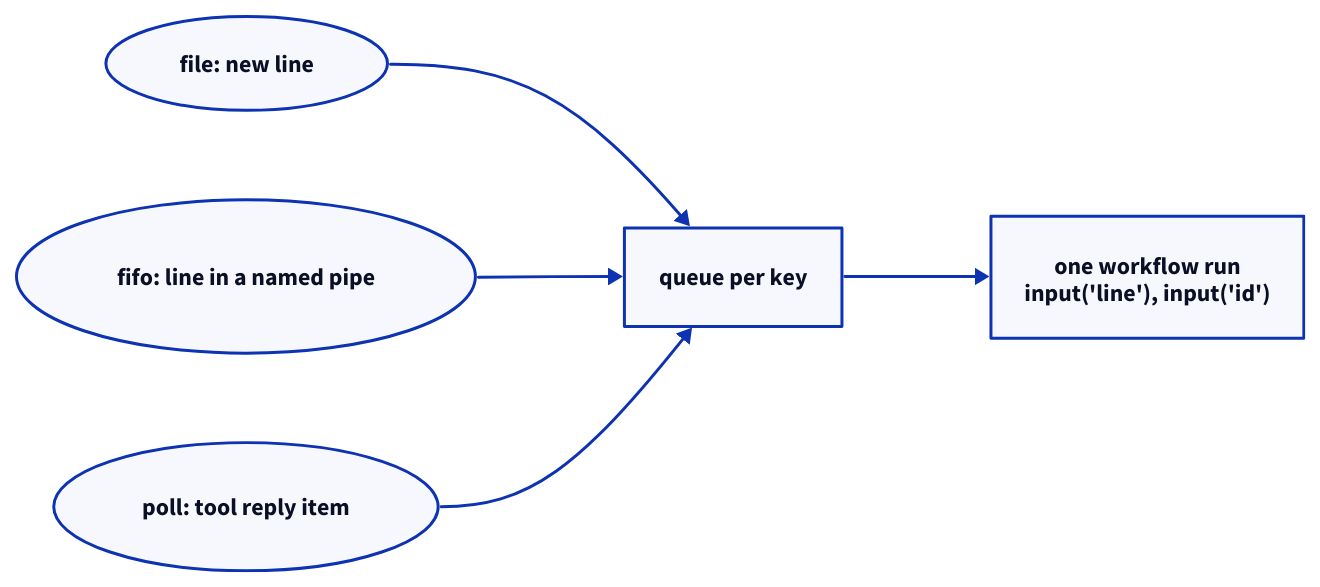
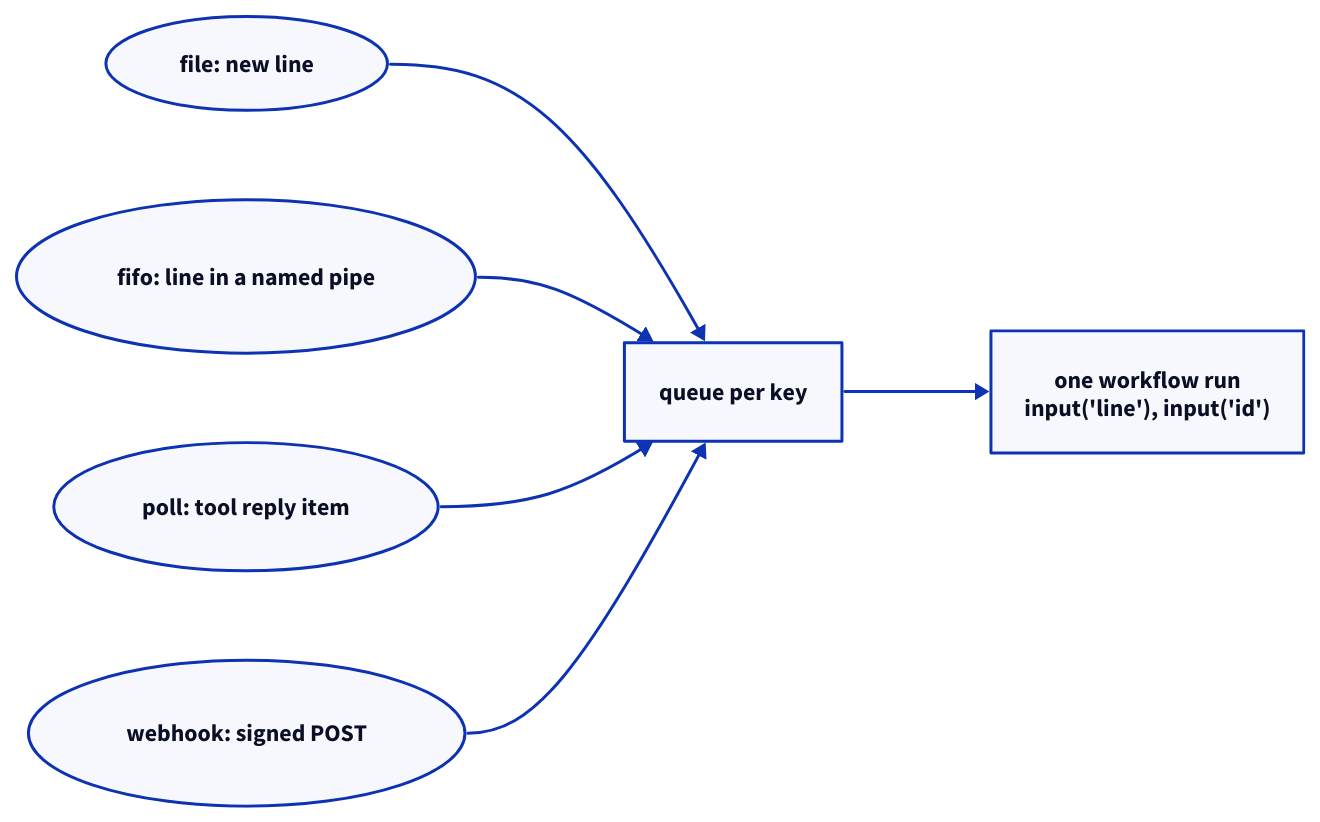
One commit to kdeps/kdeps changed the diagram in docs/v2/reference/workflow/input-sources.md. Above: the diagram before and after it, drawn with D2. The commit also changed other lines of this file and 15 other files, not shown here.

````diff
--- a/docs/v2/reference/workflow/input-sources.md
+++ b/docs/v2/reference/workflow/input-sources.md
@@ -158,12 +158,14 @@
 ```d2
 direction: right
 file: "file: new line" {shape: oval}
 fifo: "fifo: line in a named pipe" {shape: oval}
 poll: "poll: tool reply item" {shape: oval}
+hook: "webhook: signed POST" {shape: oval}
 q: "queue per key"
 run: "one workflow run\ninput('line'), input('id')"
 file -> q
 fifo -> q
 poll -> q
+hook -> q
 q -> run
 ```
````
